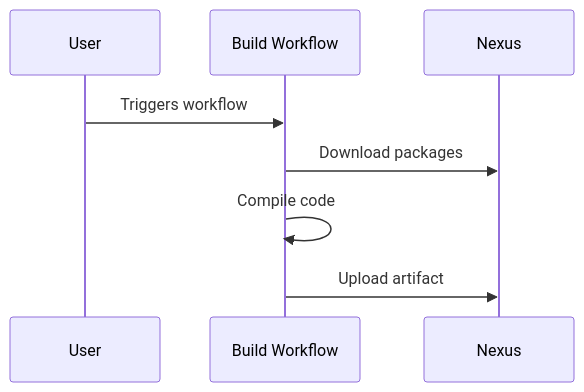
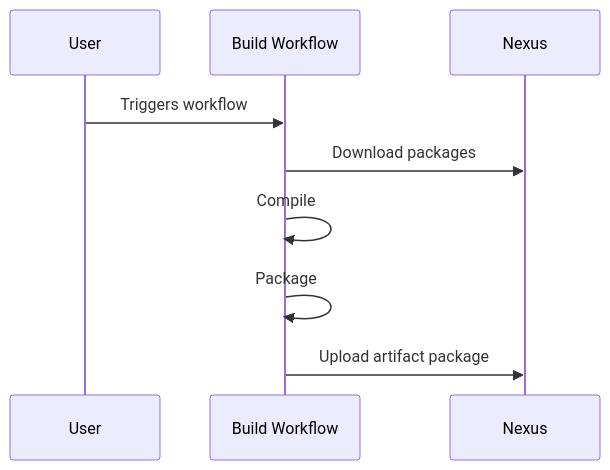
One commit to devarab1/Diagrams changed the first of 3 diagrams in README.md. Above: the diagram before and after it, drawn with Mermaid.

````diff
--- a/README.md
+++ b/README.md
@@ -3,11 +3,12 @@
 ```mermaid
 sequenceDiagram
     participant User
     participant Build Workflow
     participant Nexus
 
     User->>Build Workflow: Triggers workflow
     Build Workflow->>Nexus: Download packages
-    Build Workflow->>Build Workflow: Compile code
-    Build Workflow->>Nexus: Upload artifact
+    Build Workflow->>Build Workflow: Compile
+    Build Workflow->>Build Workflow: Package
+    Build Workflow->>Nexus: Upload artifact package
 ```
````
